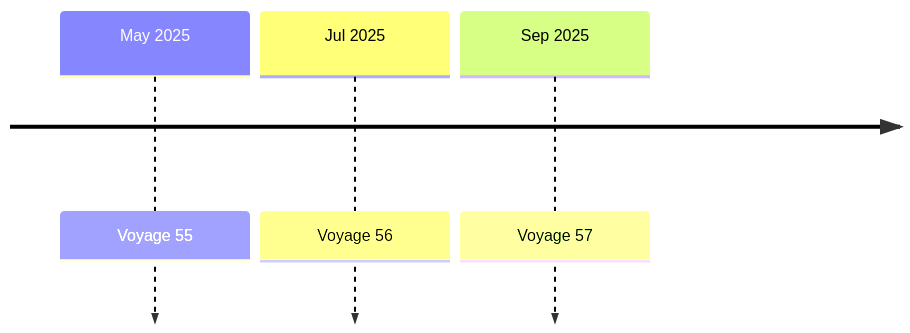
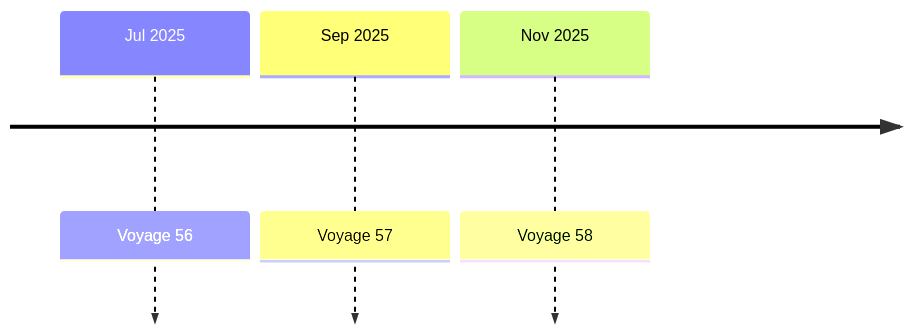
One commit to chingu-voyages/Handbook changed the first of 2 diagrams in docs/guides/voyage/voyage.md. Above: the diagram before and after it, drawn with Mermaid. The commit also changed other lines of this file, not shown here.

Commit message:
Feature: Add Voyage 58 schedule to the Voyage guide

````diff
--- a/docs/guides/voyage/voyage.md
+++ b/docs/guides/voyage/voyage.md
@@ -31,6 +31,6 @@
 ```mermaid
   timeline
-    May 2025 : Voyage 55
     Jul 2025 : Voyage 56
     Sep 2025 : Voyage 57
+    Nov 2025 : Voyage 58
 ```
````
